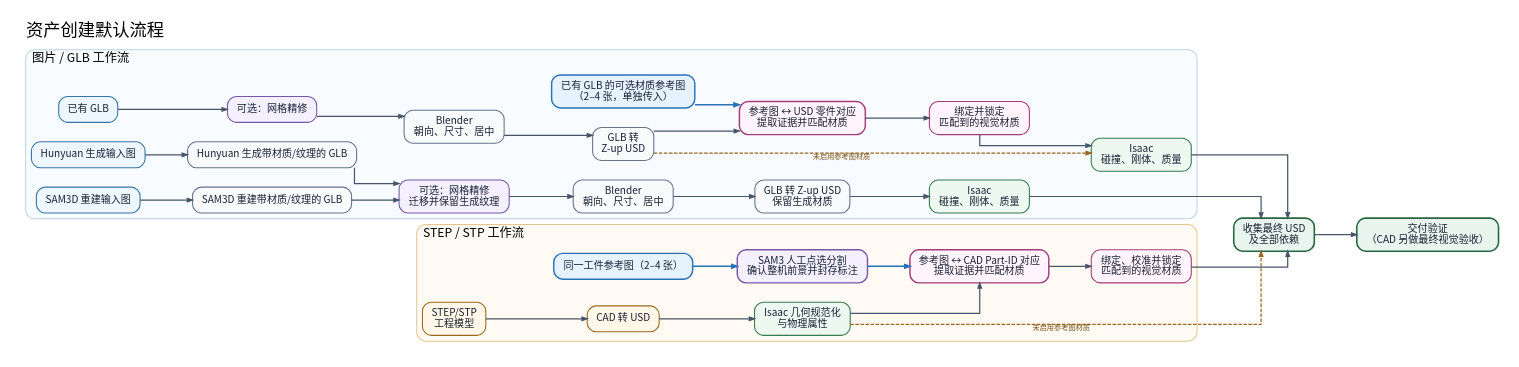
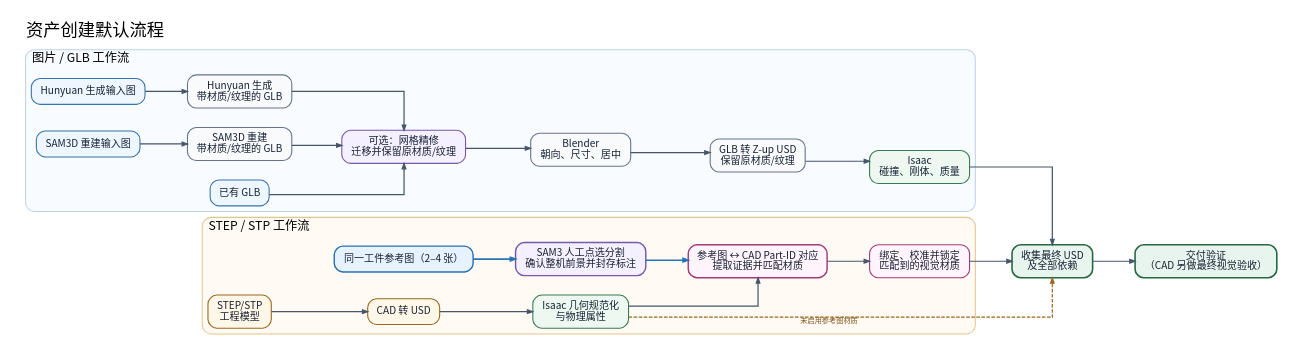
The diagram in docs/assets/diagrams/pipeline-flow.zh.dot (xia13111-coder/hunyuan_creation_pipeline), drawn with Graphviz before and after one commit. The commit also changed 5 other files, not shown here.

```diff
--- a/docs/assets/diagrams/pipeline-flow.zh.dot
+++ b/docs/assets/diagrams/pipeline-flow.zh.dot
@@ -1,163 +1,130 @@
 digraph asset_pipeline {
   graph [
     rankdir=LR,
     bgcolor="white",
     fontname="Noto Sans CJK SC",
     label="资产创建默认流程",
     labelloc=t,
     labeljust=l,
     fontsize=24,
     nodesep=0.38,
     ranksep=0.82,
     pad=0.28,
     splines=ortho,
     compound=true
   ];
   node [
     shape=box,
     style="rounded,filled",
     color="#64748b",
     fillcolor="#f8fafc",
     fontcolor="#172033",
     fontname="Noto Sans CJK SC",
     fontsize=14,
     penwidth=1.5,
     margin="0.16,0.11"
   ];
   edge [
     color="#475569",
     fontcolor="#475569",
     fontname="Noto Sans CJK SC",
     fontsize=10,
     penwidth=1.7,
     arrowsize=0.72
   ];
 
   subgraph cluster_glb {
     label="图片 / GLB 工作流";
     labelloc=t;
     labeljust=l;
     fontsize=17;
     fontname="Noto Sans CJK SC";
     color="#bfd2e5";
     fillcolor="#f8fbff";
     style="rounded,filled";
     penwidth=1.4;
 
     h [label="Hunyuan 生成输入图", fillcolor="#eef6ff", color="#3973a8"];
-    hg [label="Hunyuan 生成带材质/纹理的 GLB"];
-    hr [label="可选：网格精修\n迁移并保留生成纹理", fillcolor="#f4f0ff", color="#7658a8"];
-    hb [label="Blender\n朝向、尺寸、居中"];
-    hu [label="GLB 转 Z-up USD\n保留生成材质"];
+    hg [label="Hunyuan 生成\n带材质/纹理的 GLB"];
     s [label="SAM3D 重建输入图", fillcolor="#eef6ff", color="#3973a8"];
-    sg [label="SAM3D 重建带材质/纹理的 GLB"];
+    sg [label="SAM3D 重建\n带材质/纹理的 GLB"];
     e [label="已有 GLB", fillcolor="#eef6ff", color="#3973a8"];
-    r [label="可选：网格精修", fillcolor="#f4f0ff", color="#7658a8"];
+    r [label="可选：网格精修\n迁移并保留原材质/纹理", fillcolor="#f4f0ff", color="#7658a8"];
     b [label="Blender\n朝向、尺寸、居中"];
-    u [label="GLB 转\nZ-up USD"];
+    u [label="GLB 转 Z-up USD\n保留原材质/纹理"];
+    p [label="Isaac\n碰撞、刚体、质量", fillcolor="#edf8f1", color="#397a50"];
 
-    gvi [
-      label="已有 GLB 的可选材质参考图\n（2–4 张，单独传入）",
-      fillcolor="#e7f2ff",
-      color="#2872b8",
-      penwidth=2.0
-    ];
-    gm [
-      label="参考图 ↔ USD 零件对应\n提取证据并匹配材质",
-      fillcolor="#fff4fb",
-      color="#a23b77",
-      penwidth=2.0
-    ];
-    ga [
-      label="绑定并锁定\n匹配到的视觉材质",
-      fillcolor="#fff4fb",
-      color="#a23b77"
-    ];
-    hp [label="Isaac\n碰撞、刚体、质量", fillcolor="#edf8f1", color="#397a50"];
-    gp [label="Isaac\n碰撞、刚体、质量", fillcolor="#edf8f1", color="#397a50"];
-
-    h -> hg -> hr;
-    s -> sg -> hr;
-    hr -> hb -> hu -> hp;
+    h -> hg -> r;
+    s -> sg -> r;
     e -> r;
-    r -> b -> u;
-    u -> gm;
-    gvi -> gm [color="#2872b8", penwidth=2.2];
-    gm -> ga -> gp;
-    u -> gp [
-      style=dashed,
-      color="#9a681f",
-      fontcolor="#7c5318",
-      xlabel="未启用参考图材质"
-    ];
+    r -> b -> u -> p;
   }
 
   subgraph cluster_cad {
     label="STEP / STP 工作流";
     labelloc=t;
     labeljust=l;
     fontsize=17;
     fontname="Noto Sans CJK SC";
     color="#e4c58e";
     fillcolor="#fffbf4";
     style="rounded,filled";
     penwidth=1.4;
 
     c [label="STEP/STP\n工程模型", fillcolor="#fff7e8", color="#9a681f"];
     cu [label="CAD 转 USD", fillcolor="#fff7e8", color="#9a681f"];
     cp [label="Isaac 几何规范化\n与物理属性", fillcolor="#edf8f1", color="#397a50"];
 
     vi [
       label="同一工件参考图（2–4 张）",
       fillcolor="#e7f2ff",
       color="#2872b8",
       penwidth=2.0
     ];
     sm [
       label="SAM3 人工点选分割\n确认整机前景并封存标注",
       fillcolor="#f4f0ff",
       color="#7658a8",
       penwidth=2.0
     ];
     cm [
       label="参考图 ↔ CAD Part-ID 对应\n提取证据并匹配材质",
       fillcolor="#fff4fb",
       color="#a23b77",
       penwidth=2.0
     ];
     ca [
       label="绑定、校准并锁定\n匹配到的视觉材质",
       fillcolor="#fff4fb",
       color="#a23b77"
     ];
 
     c -> cu -> cp;
     vi -> sm -> cm [color="#2872b8", penwidth=2.2];
     cp -> cm;
     cm -> ca;
   }
 
   f [
     label="收集最终 USD\n及全部依赖",
     fillcolor="#e8f5ee",
     color="#276640",
     penwidth=2.2
   ];
   v [
     label="交付验证\n（CAD 另做最终视觉验收）",
     fillcolor="#e8f5ee",
     color="#276640",
     penwidth=2.2
   ];
 
-  hp -> f;
-  gp -> f;
+  p -> f;
   ca -> f;
   cp -> f [
     style=dashed,
     color="#9a681f",
     fontcolor="#7c5318",
     xlabel="未启用参考图材质"
   ];
   f -> v;
 }
```
